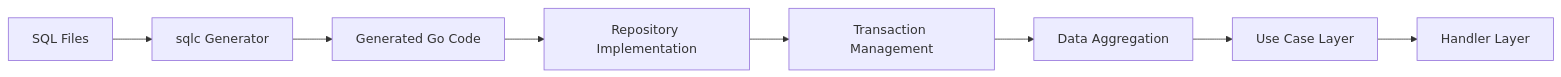
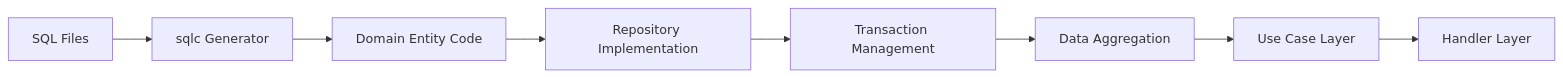
One commit to zercle/gofiber-skeleton changed the third of 9 diagrams in .agents/rules/memory-bank/architecture.md. Above: the diagram before and after it, drawn with Mermaid. The commit also changed other lines of this file and 3 other files, not shown here.

First line of the commit message:
feat(architecture): implement domain-based sqlc architecture with post domain

````diff
--- a/.agents/rules/memory-bank/architecture.md
+++ b/.agents/rules/memory-bank/architecture.md
@@ -141,10 +158,10 @@
 ```mermaid
 graph LR
     A[SQL Files] --> B[sqlc Generator]
-    B --> C[Generated Go Code]
+    B --> C[Domain Entity Code]
     C --> D[Repository Implementation]
     D --> E[Transaction Management]
     E --> F[Data Aggregation]
     F --> G[Use Case Layer]
     G --> H[Handler Layer]
 ```
````
